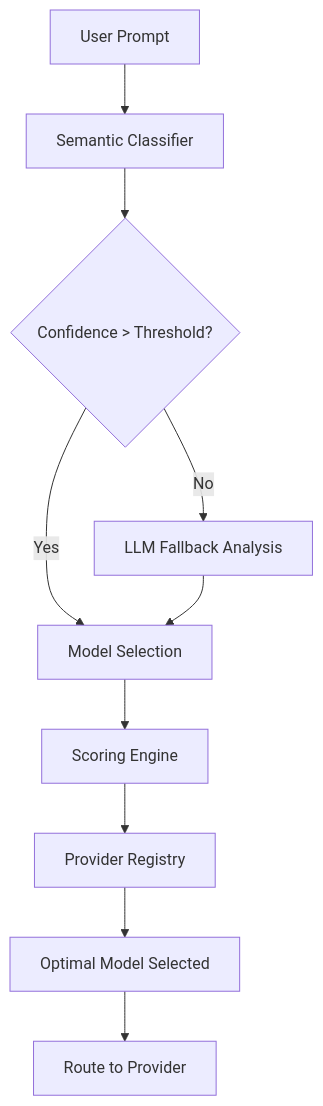
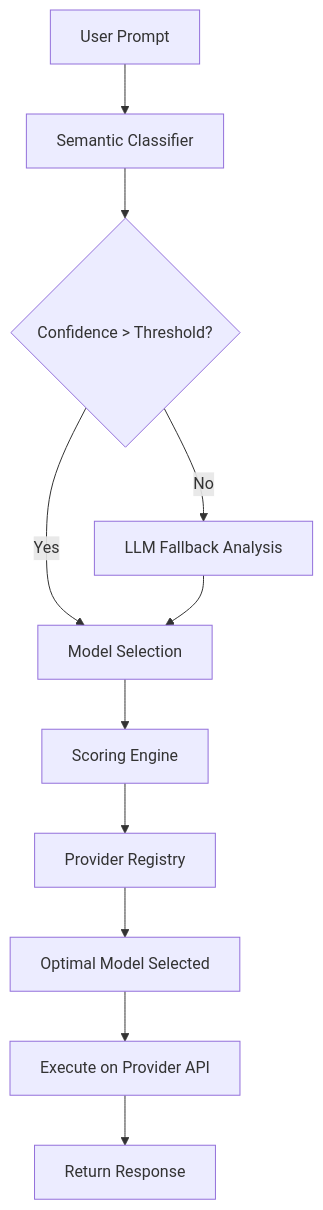
The diagram in README.md (brentsWorks/llm-router), drawn with Mermaid before and after one commit. The commit also changed other lines of this file and 14 other files, not shown here.

````diff
--- a/README.md
+++ b/README.md
@@ -110,12 +116,13 @@
 ```mermaid
 graph TD
     A[User Prompt] --> B[Semantic Classifier]
     B --> C{Confidence > Threshold?}
     C -->|Yes| D[Model Selection]
     C -->|No| E[LLM Fallback Analysis]
     E --> D
     D --> F[Scoring Engine]
     F --> G[Provider Registry]
     G --> H[Optimal Model Selected]
-    H --> I[Route to Provider]
+    H --> I[Execute on Provider API]
+    I --> J[Return Response]
 ```
````
